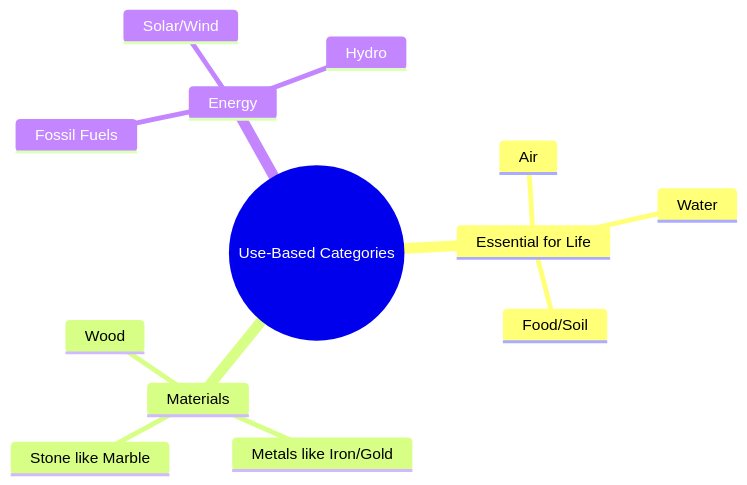
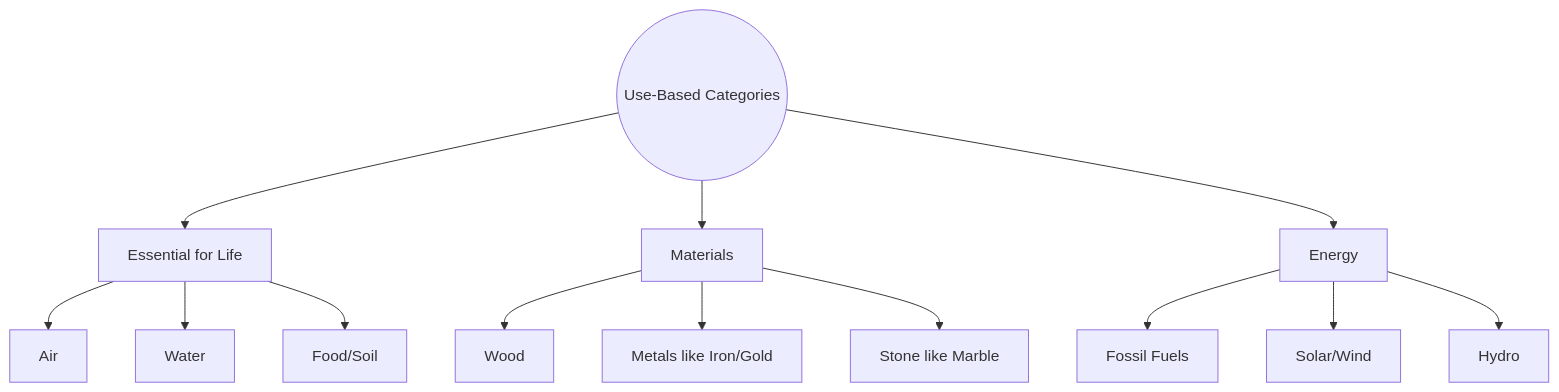
Before and after one commit to cbse-media/content: the diagram in resource/8th/social-science/1/topics/02-categories-by-use.mdx, drawn with Mermaid. The commit also changed 33 other files, not shown here.

````diff
--- a/resource/8th/social-science/1/topics/02-categories-by-use.mdx
+++ b/resource/8th/social-science/1/topics/02-categories-by-use.mdx
@@ -33,16 +33,19 @@
 ```mermaid
-mindmap
+graph TD
   root((Use-Based Categories))
-    Essential for Life
-      Air
-      Water
-      Food/Soil
-    Materials
-      Wood
-      Metals like Iron/Gold
-      Stone like Marble
-    Energy
-      Fossil Fuels
-      Solar/Wind
-      Hydro
+  root --> Essential[Essential for Life]
+  root --> Materials
+  root --> Energy
+
+  Essential --> Air
+  Essential --> Water
+  Essential --> FoodSoil[Food/Soil]
+
+  Materials --> Wood
+  Materials --> Metals["Metals like Iron/Gold"]
+  Materials --> Stone["Stone like Marble"]
+
+  Energy --> FossilFuels[Fossil Fuels]
+  Energy --> SolarWind[Solar/Wind]
+  Energy --> Hydro
 ```
````
